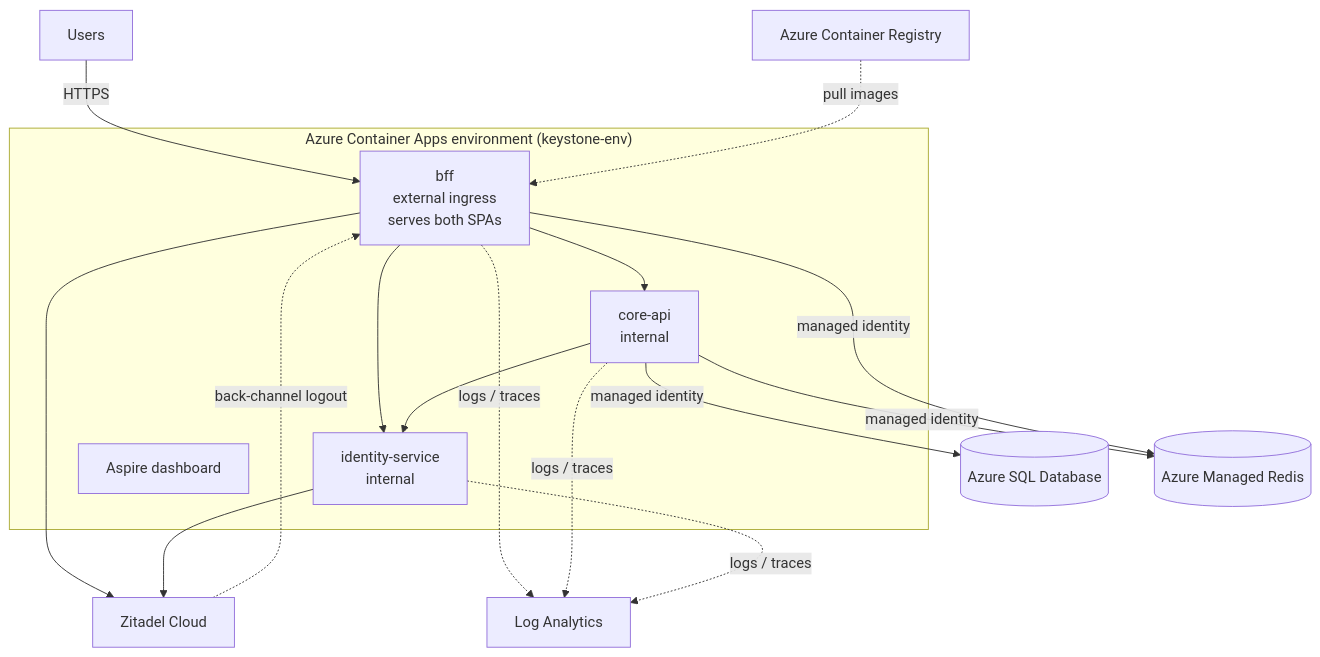
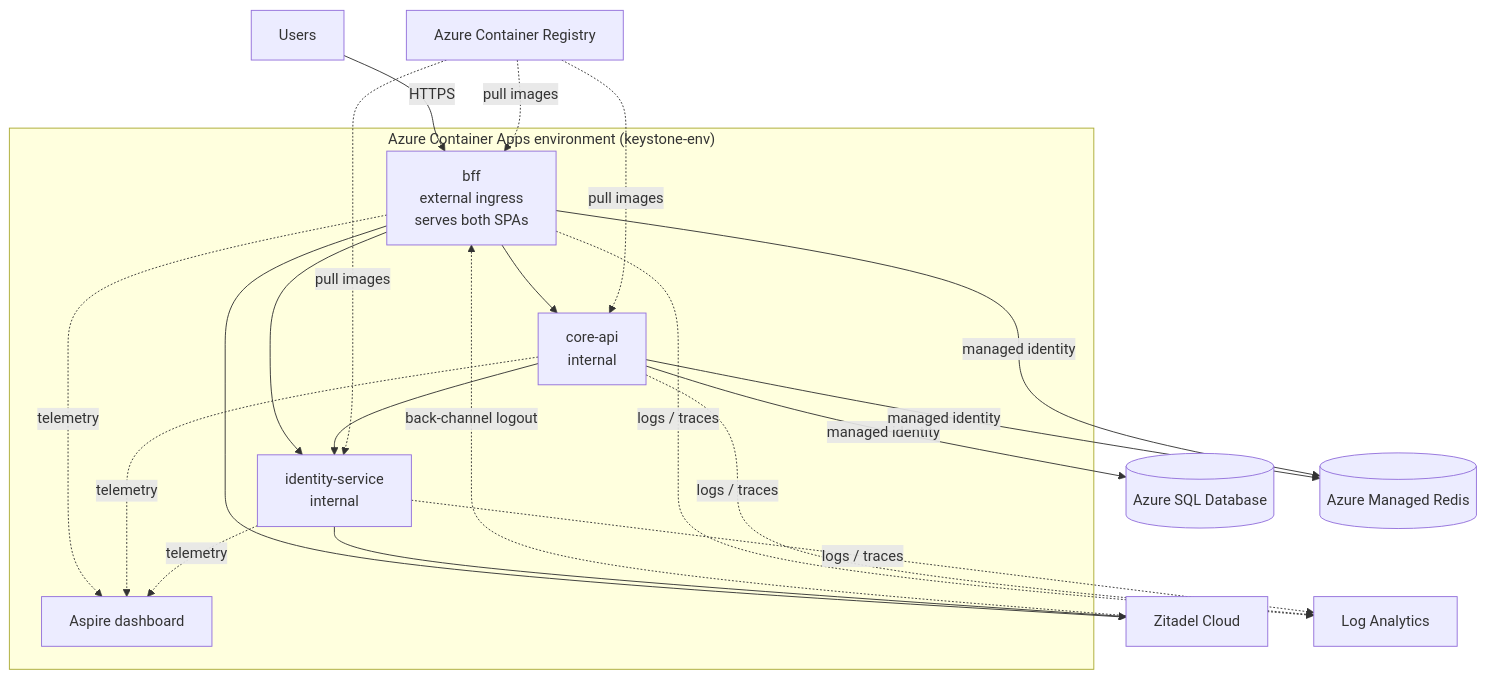
The third of 3 diagrams in ARCHITECTURE.md (akazad13/keystone), drawn with Mermaid before and after one commit. The commit also changed other lines of this file, not shown here.

Commit message:
docs: fix errors, broken links, and mermaid diagrams in ARCHITECTURE.md

````diff
--- a/ARCHITECTURE.md
+++ b/ARCHITECTURE.md
@@ -192,26 +193,31 @@
 ```mermaid
 flowchart TB
     U["Users"]
 
     subgraph ENV["Azure Container Apps environment (keystone-env)"]
         BFF["bff<br/>external ingress<br/>serves both SPAs"]
         IDS["identity-service<br/>internal"]
         API["core-api<br/>internal"]
         DASH["Aspire dashboard"]
     end
 
     U -->|HTTPS| BFF
     BFF --> IDS
     BFF --> API
     API --> IDS
     API -->|managed identity| SQL[("Azure SQL Database")]
     API -->|managed identity| REDIS[("Azure Managed Redis")]
     BFF -->|managed identity| REDIS
     BFF --> ZC["Zitadel Cloud"]
     IDS --> ZC
-    ZC -. "back-channel logout" .-> BFF
-    ACR["Azure Container Registry"] -. "pull images" .-> BFF
-    BFF -. "logs / traces" .-> LAW["Log Analytics"]
-    API -. "logs / traces" .-> LAW
-    IDS -. "logs / traces" .-> LAW
+    ZC -.->|back-channel logout| BFF
+    ACR["Azure Container Registry"] -.->|pull images| BFF
+    ACR -.->|pull images| IDS
+    ACR -.->|pull images| API
+    BFF -.->|logs / traces| LAW["Log Analytics"]
+    API -.->|logs / traces| LAW
+    IDS -.->|logs / traces| LAW
+    BFF -.->|telemetry| DASH
+    API -.->|telemetry| DASH
+    IDS -.->|telemetry| DASH
 ```
````
